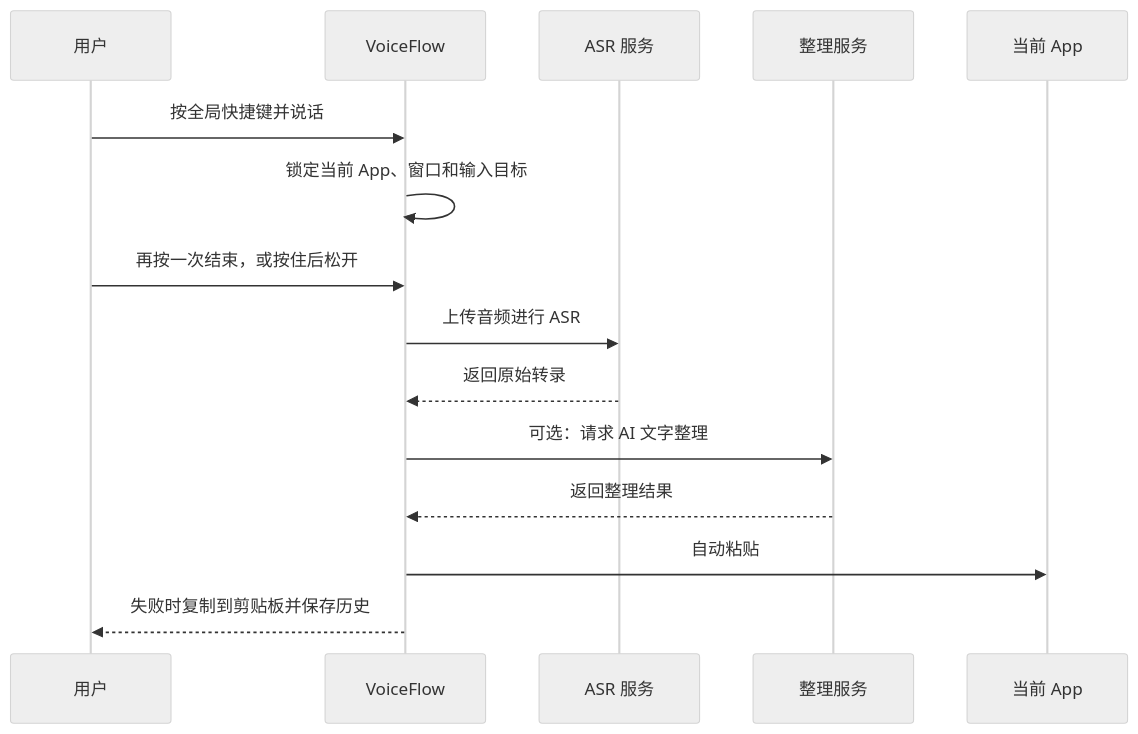
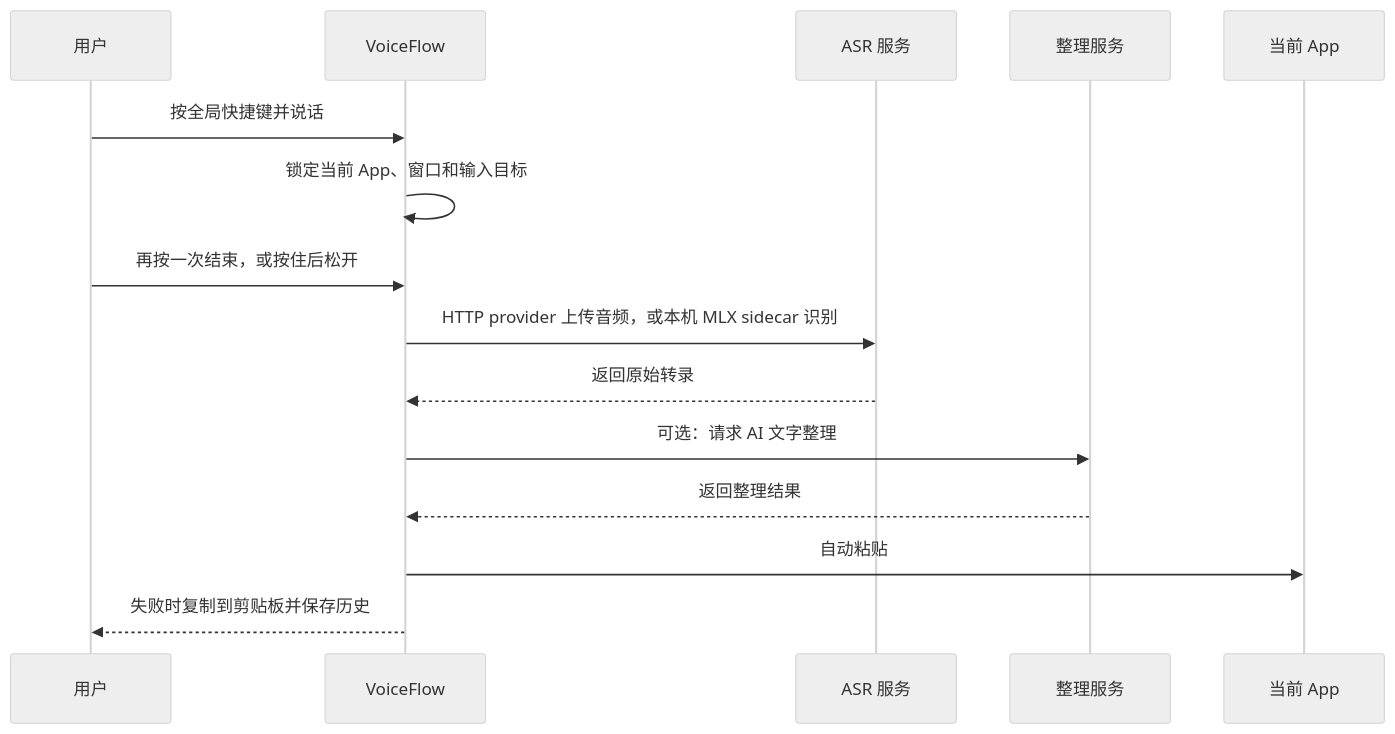
Before and after one commit to wangm12/voice-flow: the second of 2 diagrams in README.md, drawn with Mermaid (neutral theme). The commit also changed other lines of this file and 211 other files, not shown here.

````diff
--- a/README.md
+++ b/README.md
@@ -63,18 +79,18 @@
 ```mermaid
 sequenceDiagram
     participant U as 用户
     participant V as VoiceFlow
     participant S as ASR 服务
     participant L as 整理服务
     participant A as 当前 App
 
     U->>V: 按全局快捷键并说话
     V->>V: 锁定当前 App、窗口和输入目标
     U->>V: 再按一次结束，或按住后松开
-    V->>S: 上传音频进行 ASR
+    V->>S: HTTP provider 上传音频，或本机 MLX sidecar 识别
     S-->>V: 返回原始转录
     V->>L: 可选：请求 AI 文字整理
     L-->>V: 返回整理结果
     V->>A: 自动粘贴
     V-->>U: 失败时复制到剪贴板并保存历史
 ```
````
